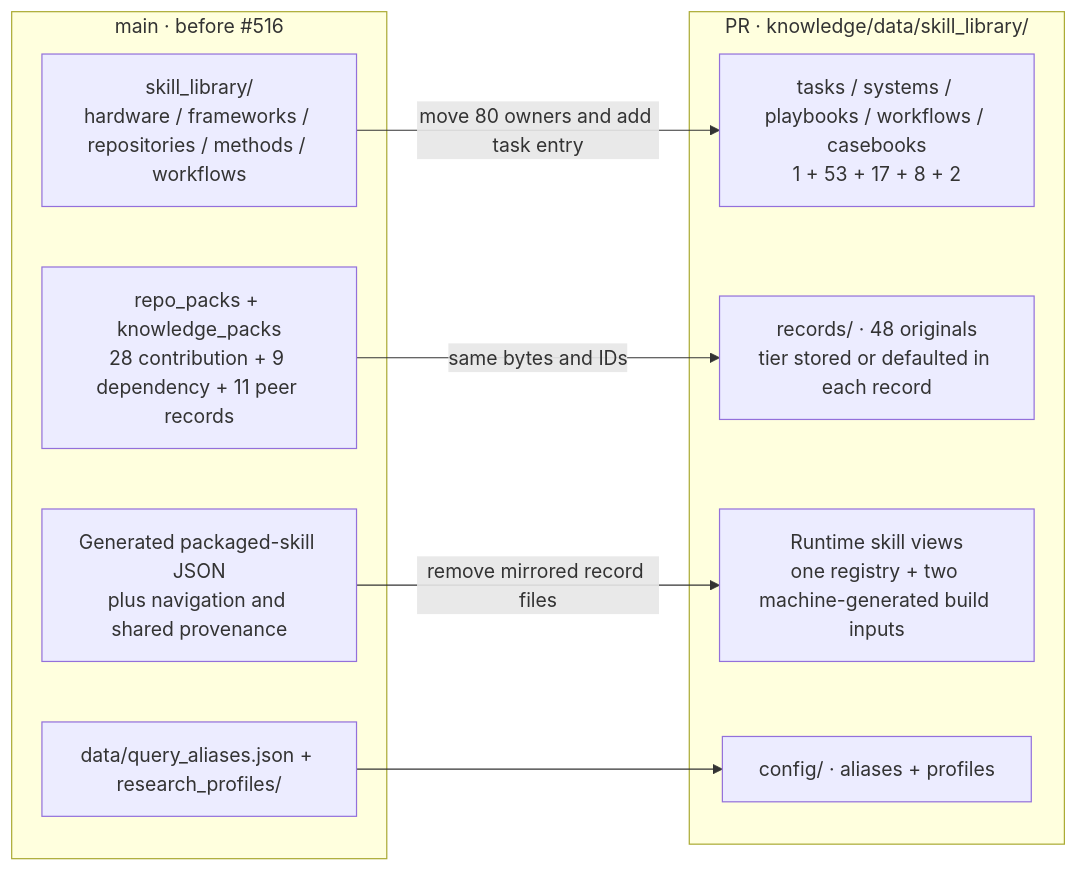
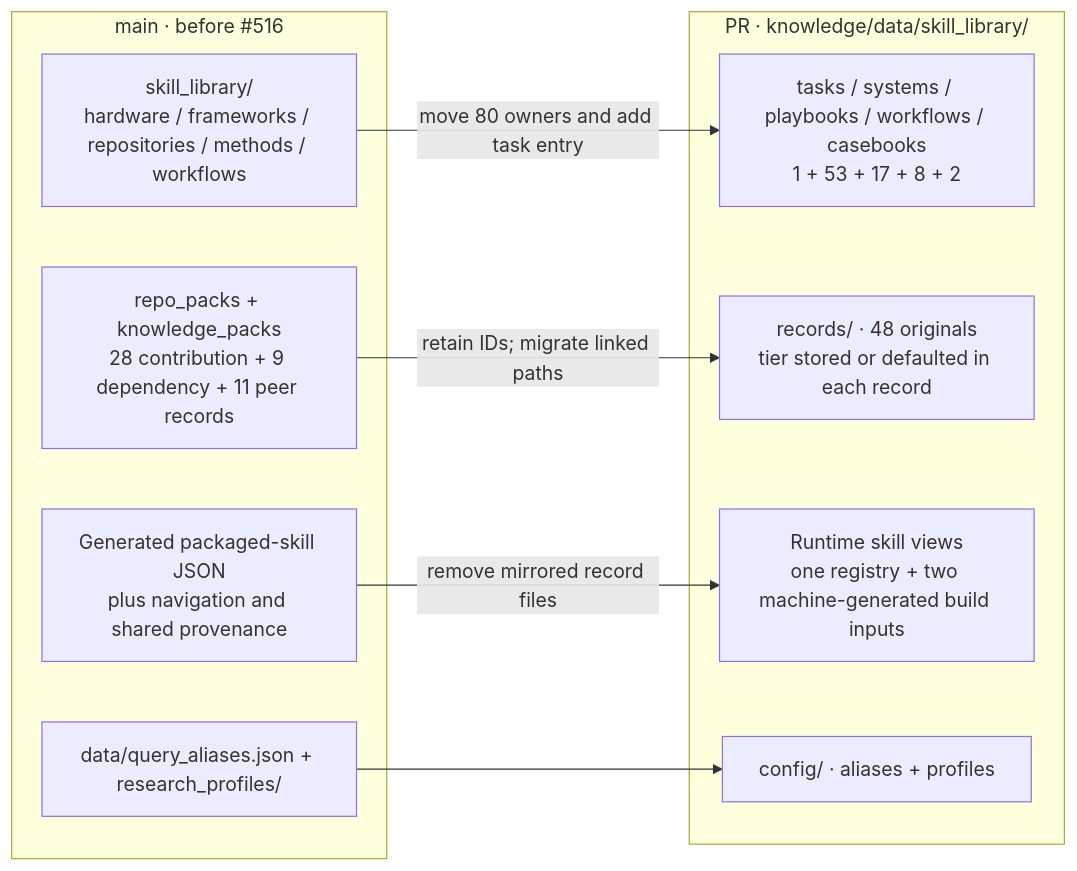
One commit to InferMatrixLab/InferRSI changed the fourth of 4 diagrams in docs/knowledge-layout.md. Above: the diagram before and after it, drawn with Mermaid. The commit also changed other lines of this file and 10 other files, not shown here.

````diff
--- a/docs/knowledge-layout.md
+++ b/docs/knowledge-layout.md
@@ -62,19 +63,19 @@
 ```mermaid
 flowchart LR
     subgraph OLD["main · before #516"]
         A["skill_library/<br/>hardware / frameworks / repositories / methods / workflows"]
         B["repo_packs + knowledge_packs<br/>28 contribution + 9 dependency + 11 peer records"]
         C["Generated packaged-skill JSON<br/>plus navigation and shared provenance"]
         D["data/query_aliases.json + research_profiles/"]
     end
     subgraph NEW["PR · knowledge/data/skill_library/"]
         N["tasks / systems / playbooks / workflows / casebooks<br/>1 + 53 + 17 + 8 + 2"]
         R["records/ · 48 originals<br/>tier stored or defaulted in each record"]
         V["Runtime skill views<br/>one registry + two machine-generated build inputs"]
         P["config/ · aliases + profiles"]
     end
     A -->|move 80 owners and add task entry| N
-    B -->|same bytes and IDs| R
+    B -->|retain IDs; migrate linked paths| R
     C -->|remove mirrored record files| V
     D --> P
 ```
````
